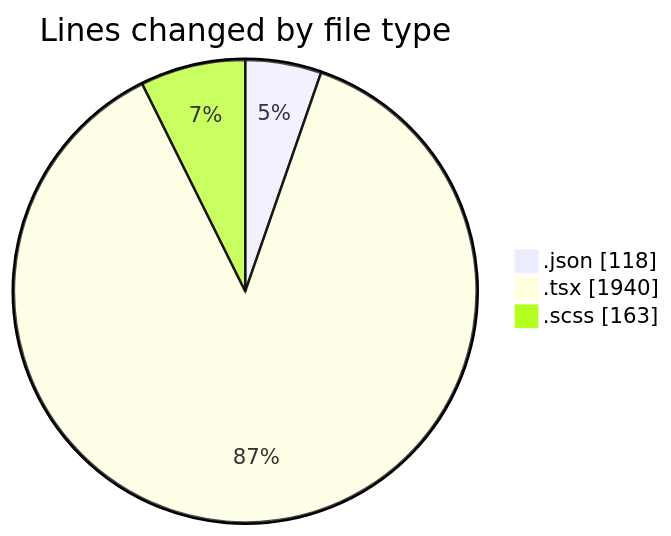
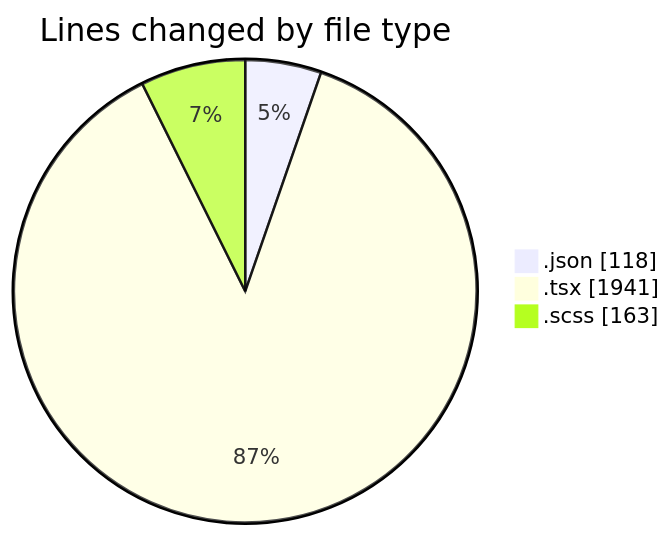
The first of 2 diagrams in 2025-11-19/cda/README.md (momahboobian/code-tracking), drawn with Mermaid before and after one commit. The commit also changed other lines of this file and 1 other file, not shown here.

````diff
--- a/2025-11-19/cda/README.md
+++ b/2025-11-19/cda/README.md
@@ -23,7 +23,7 @@
 ```mermaid
 pie showData
 title Lines changed by file type
 ".json" : 118
-".tsx" : 1940
+".tsx" : 1941
 ".scss" : 163
 ```
````
